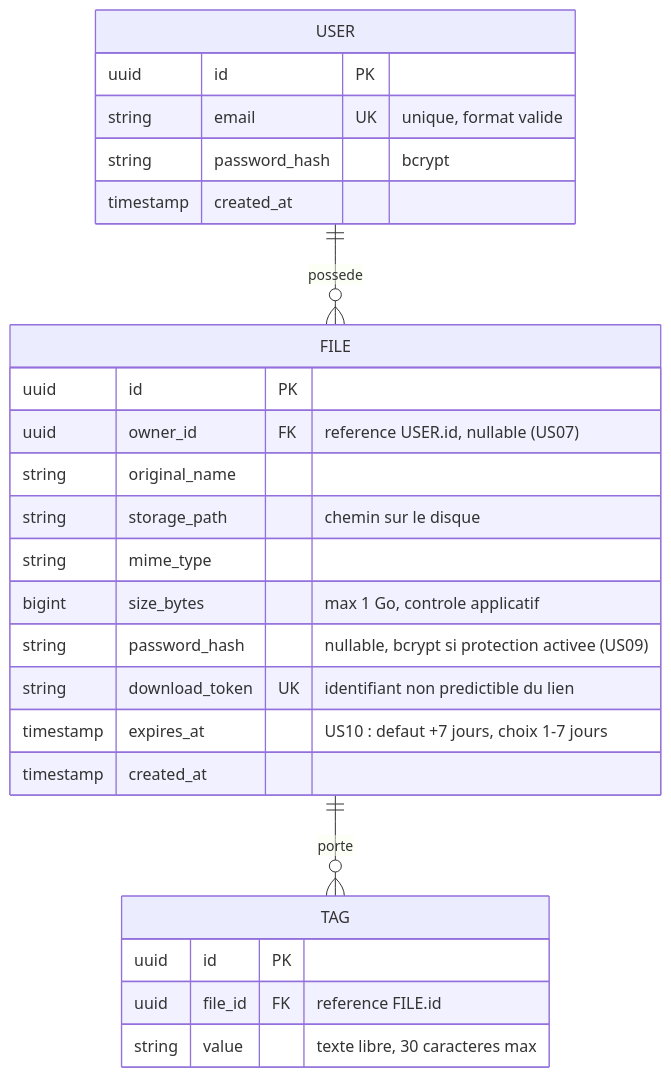
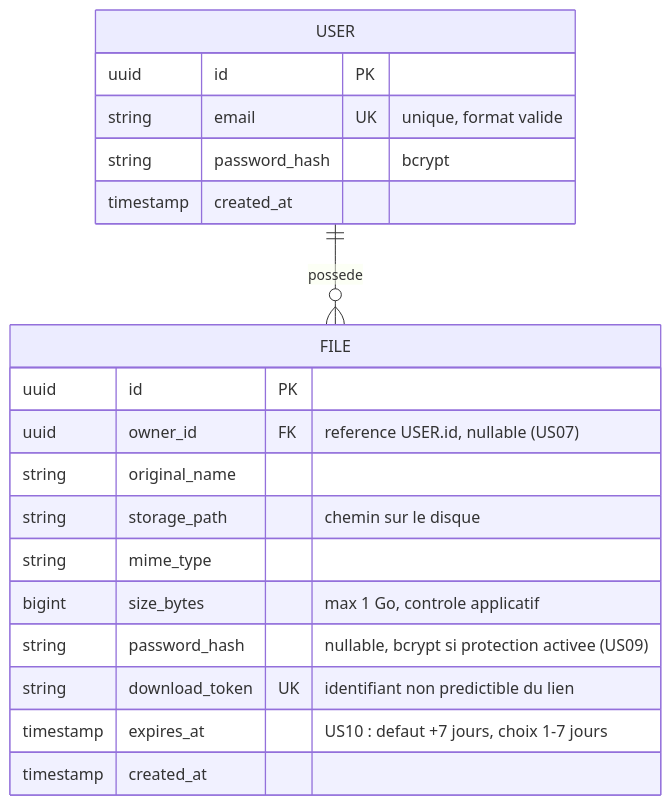
Before and after one commit to negstek/3_pilotez_un_projet: the diagram in docs/mcd.md, drawn with Mermaid. The commit also changed other lines of this file and 8 other files, not shown here.

````diff
--- a/docs/mcd.md
+++ b/docs/mcd.md
@@ -7,31 +7,24 @@
 ```mermaid
 erDiagram
     USER ||--o{ FILE : "possede"
-    FILE ||--o{ TAG : "porte"
 
     USER {
         uuid id PK
         string email UK "unique, format valide"
         string password_hash "bcrypt"
         timestamp created_at
     }
 
     FILE {
         uuid id PK
         uuid owner_id FK "reference USER.id, nullable (US07)"
         string original_name
         string storage_path "chemin sur le disque"
         string mime_type
         bigint size_bytes "max 1 Go, controle applicatif"
         string password_hash "nullable, bcrypt si protection activee (US09)"
         string download_token UK "identifiant non predictible du lien"
         timestamp expires_at "US10 : defaut +7 jours, choix 1-7 jours"
         timestamp created_at
     }
-
-    TAG {
-        uuid id PK
-        uuid file_id FK "reference FILE.id"
-        string value "texte libre, 30 caracteres max"
-    }
 ```
````
